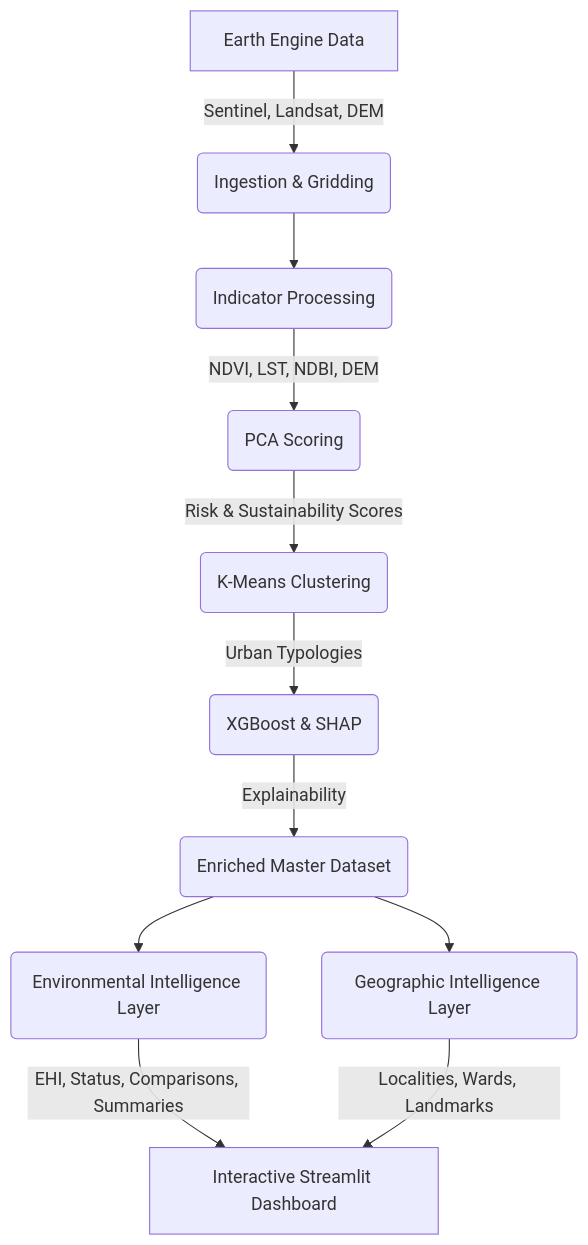
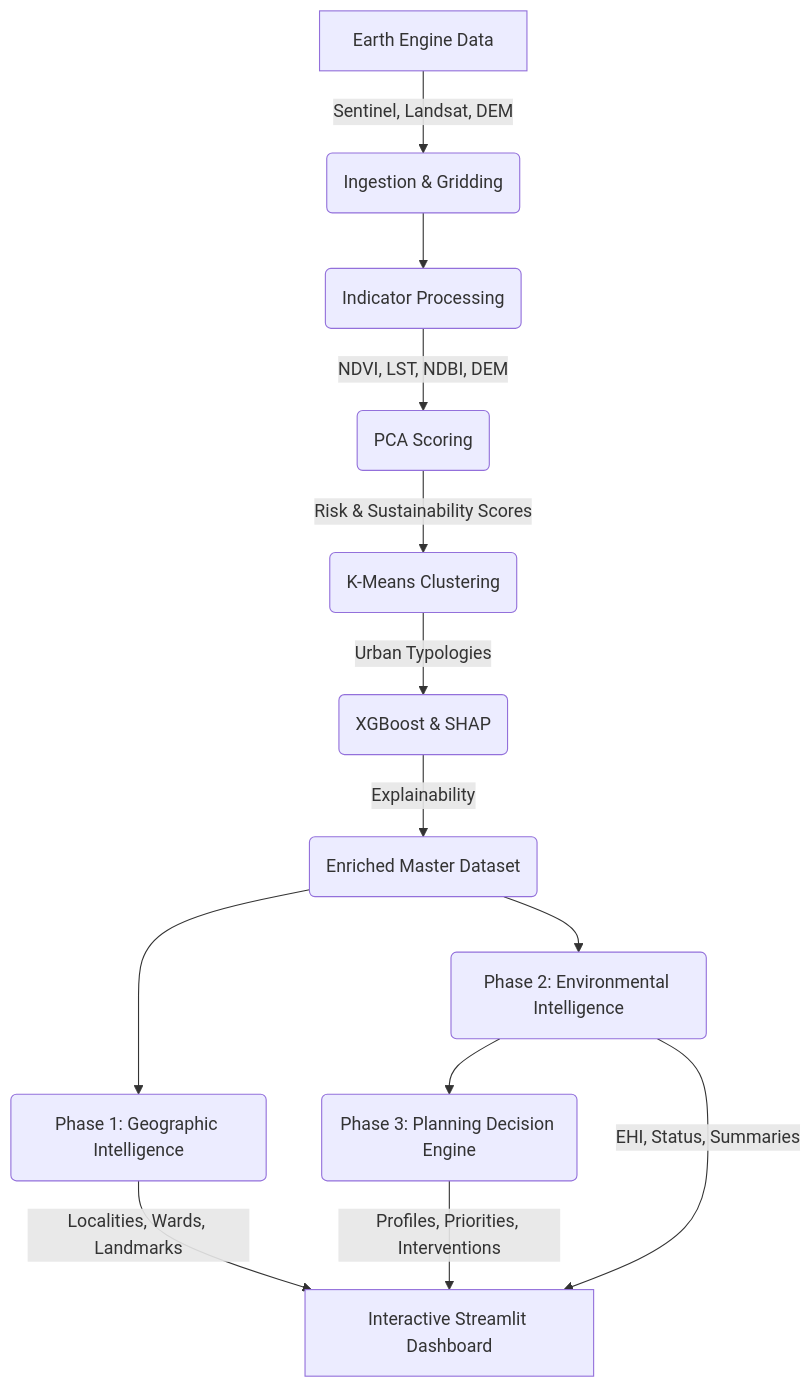
One commit to aryan4-eternity/CitySense changed the first of 3 diagrams in README.md. Above: the diagram before and after it, drawn with Mermaid. The commit also changed other lines of this file and 12 other files, not shown here.

Commit message:
implement Phase 3 urban planning decision engine with YAML knowledge base, priority scoring, and intervention recommendations

````diff
--- a/README.md
+++ b/README.md
@@ -11,13 +11,15 @@
 ```mermaid
 graph TD
     A[Earth Engine Data] -->|Sentinel, Landsat, DEM| B(Ingestion & Gridding)
     B --> C(Indicator Processing)
     C -->|NDVI, LST, NDBI, DEM| D(PCA Scoring)
     D -->|Risk & Sustainability Scores| E(K-Means Clustering)
     E -->|Urban Typologies| F(XGBoost & SHAP)
     F -->|Explainability| G(Enriched Master Dataset)
-    G --> P2(Environmental Intelligence Layer)
-    P2 -->|EHI, Status, Comparisons, Summaries| H[Interactive Streamlit Dashboard]
-    G --> GEO(Geographic Intelligence Layer)
+    G --> GEO(Phase 1: Geographic Intelligence)
+    G --> P2(Phase 2: Environmental Intelligence)
+    P2 --> P3(Phase 3: Planning Decision Engine)
+    P3 -->|Profiles, Priorities, Interventions| H[Interactive Streamlit Dashboard]
     GEO -->|Localities, Wards, Landmarks| H
+    P2 -->|EHI, Status, Summaries| H
 ```
````
